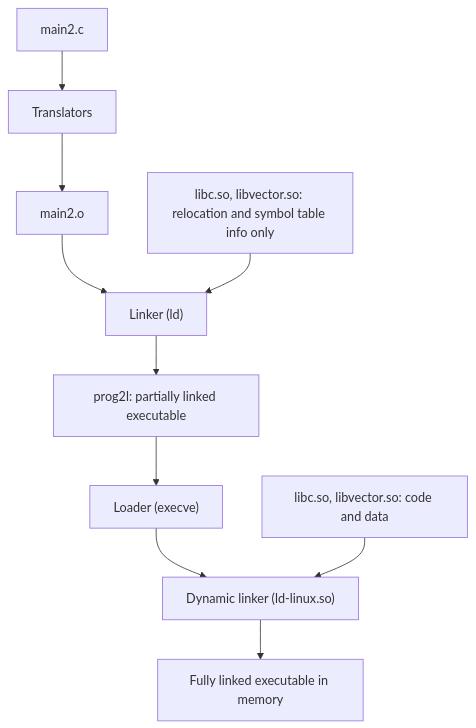
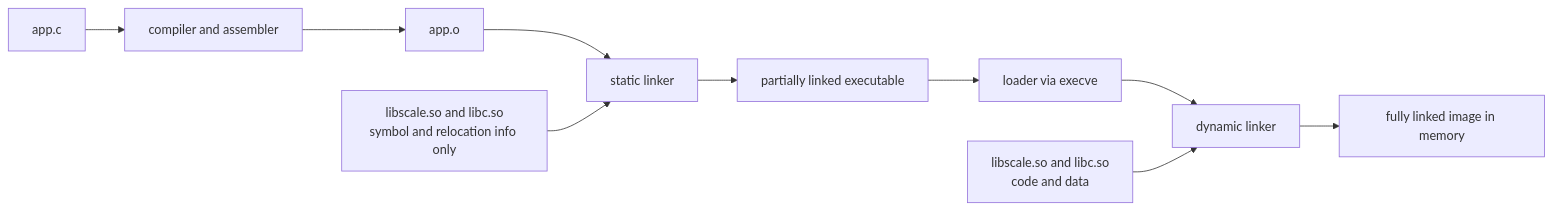
The second of 3 diagrams in src/csapp/lessons/20-dynamic-linking.md (alvinnew100/grand-line-study-guide), drawn with Mermaid before and after one commit. The commit also changed other lines of this file and 47 other files, not shown here.

````diff
--- a/src/csapp/lessons/20-dynamic-linking.md
+++ b/src/csapp/lessons/20-dynamic-linking.md
@@ -90,11 +117,11 @@
 ```mermaid
-graph TB
-  M[main2.c] --> T[Translators] --> O[main2.o]
-  O --> LD["Linker (ld)"]
-  SO1["libc.so, libvector.so: relocation and symbol table info only"] --> LD
-  LD --> P["prog2l: partially linked executable"]
-  P --> L["Loader (execve)"]
-  L --> DL["Dynamic linker (ld-linux.so)"]
-  SO2["libc.so, libvector.so: code and data"] --> DL
-  DL --> R["Fully linked executable in memory"]
+flowchart LR
+    A[app.c] --> CC[compiler and assembler] --> AO[app.o]
+    AO --> LD[static linker]
+    SO[libscale.so and libc.so<br/>symbol and relocation info only] --> LD
+    LD --> EX[partially linked executable]
+    EX --> LO[loader via execve]
+    LO --> DL[dynamic linker]
+    SO2[libscale.so and libc.so<br/>code and data] --> DL
+    DL --> RUN[fully linked image in memory]
 ```
````
